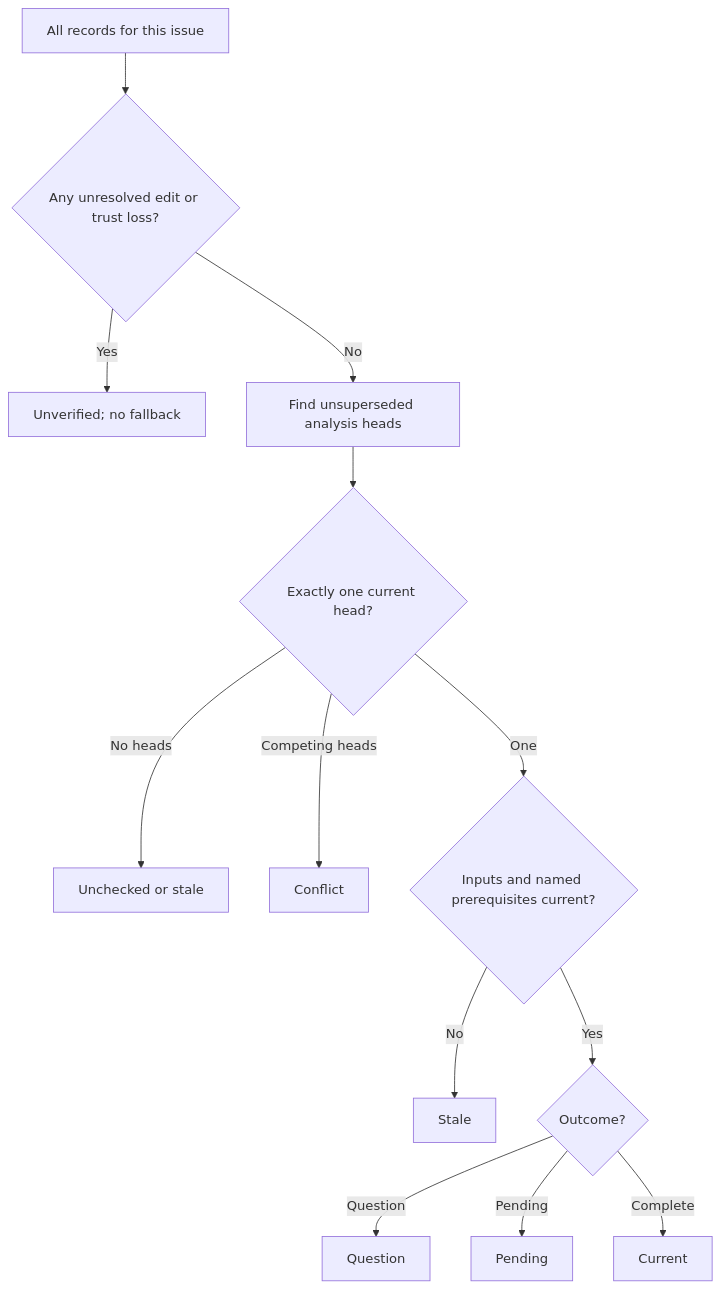
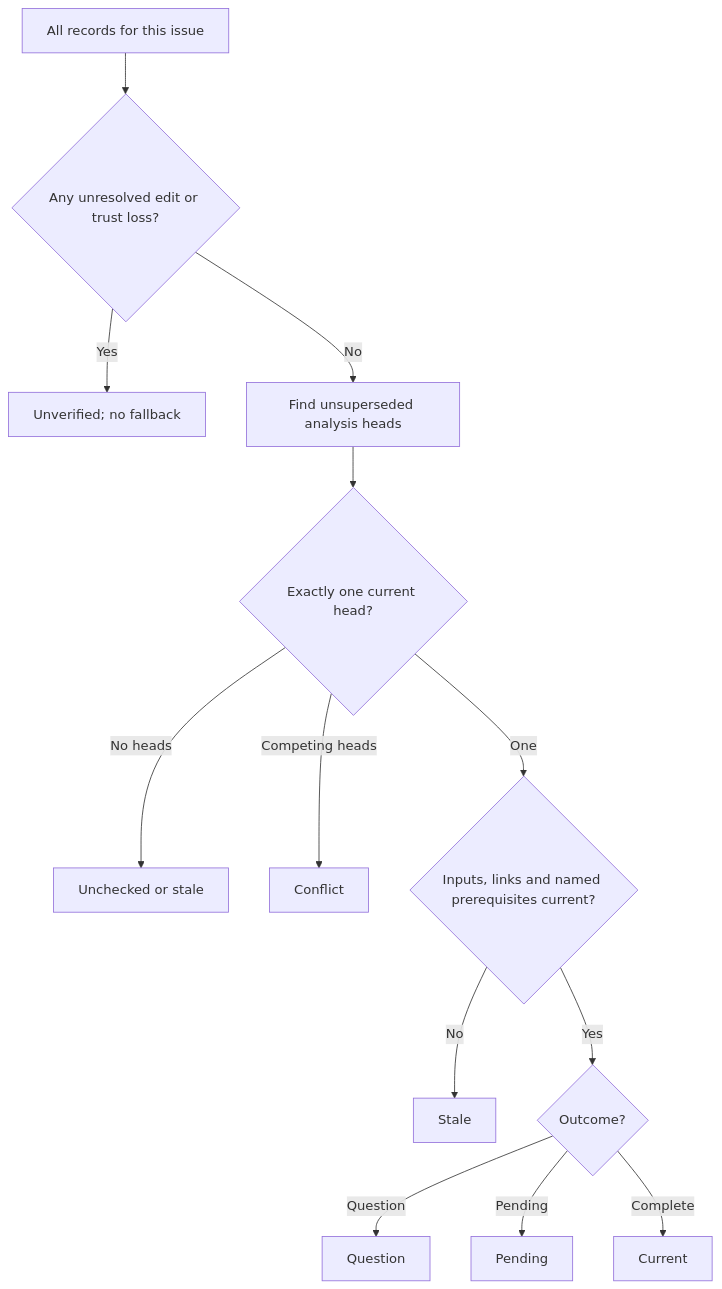
The diagram in prompts/cli/issue-dependencies.prompt.md (promptdriven/pdd), drawn with Mermaid before and after one commit. The commit also changed other lines of this file and 8 other files, not shown here.

````diff
--- a/prompts/cli/issue-dependencies.prompt.md
+++ b/prompts/cli/issue-dependencies.prompt.md
@@ -66,15 +68,15 @@
 ```mermaid
 flowchart TD
   A[All records for this issue] --> B{Any unresolved edit or trust loss?}
   B -->|Yes| U[Unverified; no fallback]
   B -->|No| C[Find unsuperseded analysis heads]
   C --> D{Exactly one current head?}
   D -->|No heads| N[Unchecked or stale]
   D -->|Competing heads| X[Conflict]
-  D -->|One| E{Inputs and named prerequisites current?}
+  D -->|One| E{Inputs, links and named prerequisites current?}
   E -->|No| S[Stale]
   E -->|Yes| F{Outcome?}
   F -->|Question| Q[Question]
   F -->|Pending| P[Pending]
   F -->|Complete| R[Current]
 ```
````
